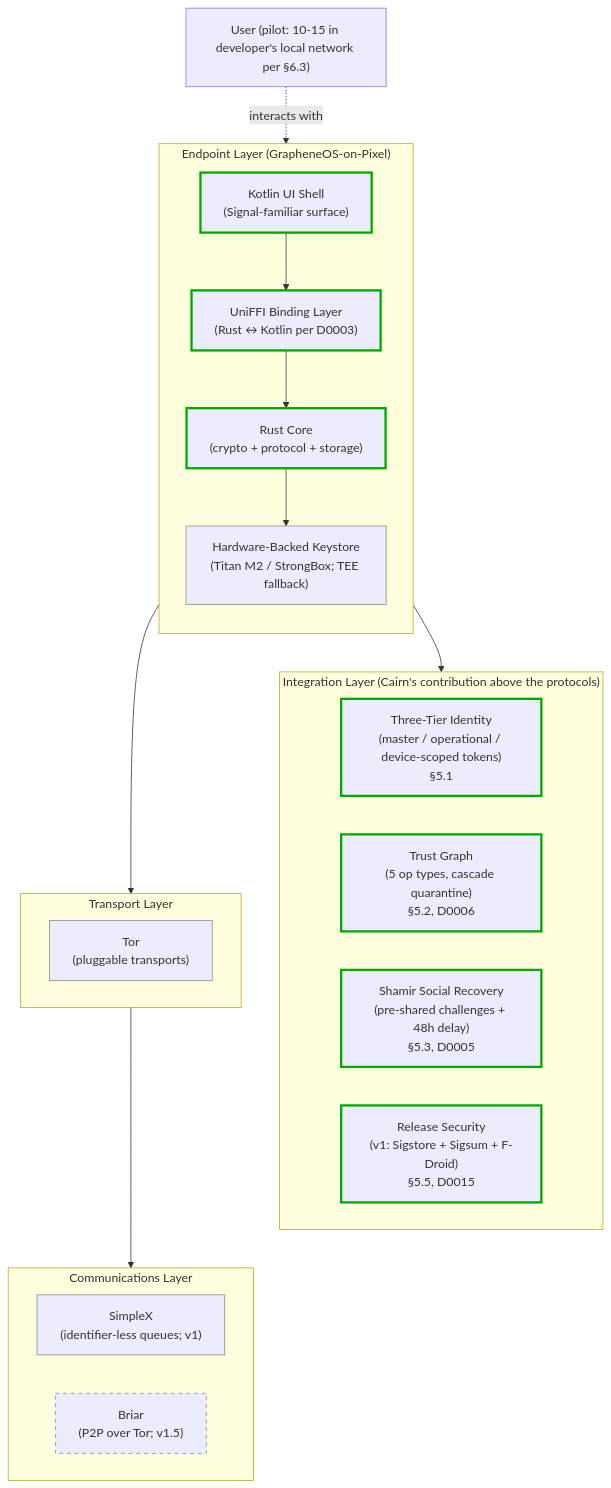
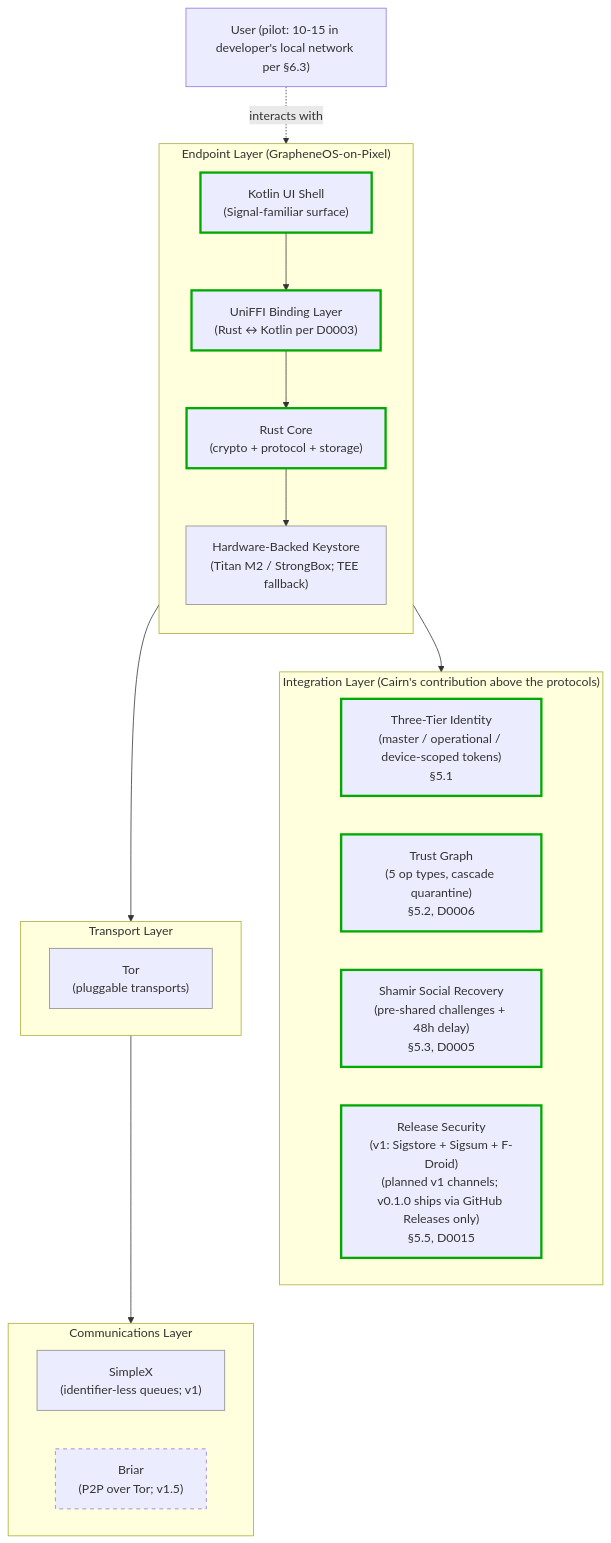
One commit to wlcarden/cairn-messenger changed the first of 8 diagrams in docs/architecture-diagrams.md. Above: the diagram before and after it, drawn with Mermaid. The commit also changed other lines of this file and 13 other files, not shown here.

````diff
--- a/docs/architecture-diagrams.md
+++ b/docs/architecture-diagrams.md
@@ -13,44 +13,44 @@
 ```mermaid
 flowchart TB
     User["User (pilot: 10-15 in developer's local network per §6.3)"]
 
     subgraph EndpointLayer["Endpoint Layer (GrapheneOS-on-Pixel)"]
         direction TB
         UI["Kotlin UI Shell<br/>(Signal-familiar surface)"]
         UniFFI["UniFFI Binding Layer<br/>(Rust ↔ Kotlin per D0003)"]
         RustCore["Rust Core<br/>(crypto + protocol + storage)"]
         Hardware["Hardware-Backed Keystore<br/>(Titan M2 / StrongBox; TEE fallback)"]
 
         UI --> UniFFI --> RustCore --> Hardware
     end
 
     subgraph IntegrationCommitments["Integration Layer (Cairn's contribution above the protocols)"]
         direction LR
         Identity["Three-Tier Identity<br/>(master / operational / device-scoped tokens)<br/>§5.1"]
         TrustGraph["Trust Graph<br/>(5 op types, cascade quarantine)<br/>§5.2, D0006"]
         Recovery["Shamir Social Recovery<br/>(pre-shared challenges + 48h delay)<br/>§5.3, D0005"]
-        ReleaseSec["Release Security<br/>(v1: Sigstore + Sigsum + F-Droid)<br/>§5.5, D0015"]
+        ReleaseSec["Release Security<br/>(v1: Sigstore + Sigsum + F-Droid)<br/>(planned v1 channels; v0.1.0 ships via GitHub Releases only)<br/>§5.5, D0015"]
     end
 
     subgraph TransportLayer["Transport Layer"]
         Tor["Tor<br/>(pluggable transports)"]
     end
 
     subgraph CommunicationsLayer["Communications Layer"]
         SimpleX["SimpleX<br/>(identifier-less queues; v1)"]
         Briar["Briar<br/>(P2P over Tor; v1.5)"]
     end
 
     User -.->|interacts with| UI
     EndpointLayer --> IntegrationCommitments
     EndpointLayer --> TransportLayer
     TransportLayer --> CommunicationsLayer
 
     classDef projectDev stroke:#0a0,stroke-width:3px
     classDef external stroke:#888,stroke-width:1px
     classDef v15 stroke-dasharray: 5 5
 
     class UI,UniFFI,RustCore,Identity,TrustGraph,Recovery,ReleaseSec projectDev
     class Hardware,Tor,SimpleX external
     class Briar v15
 ```
````
